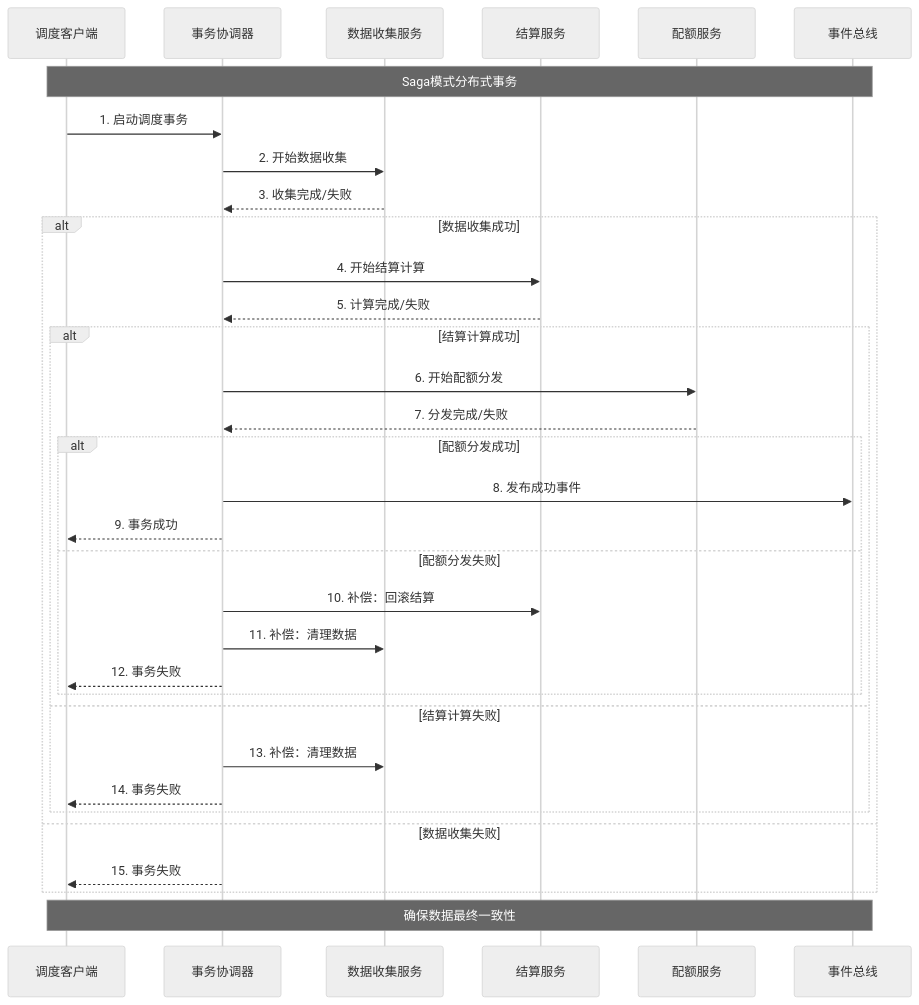
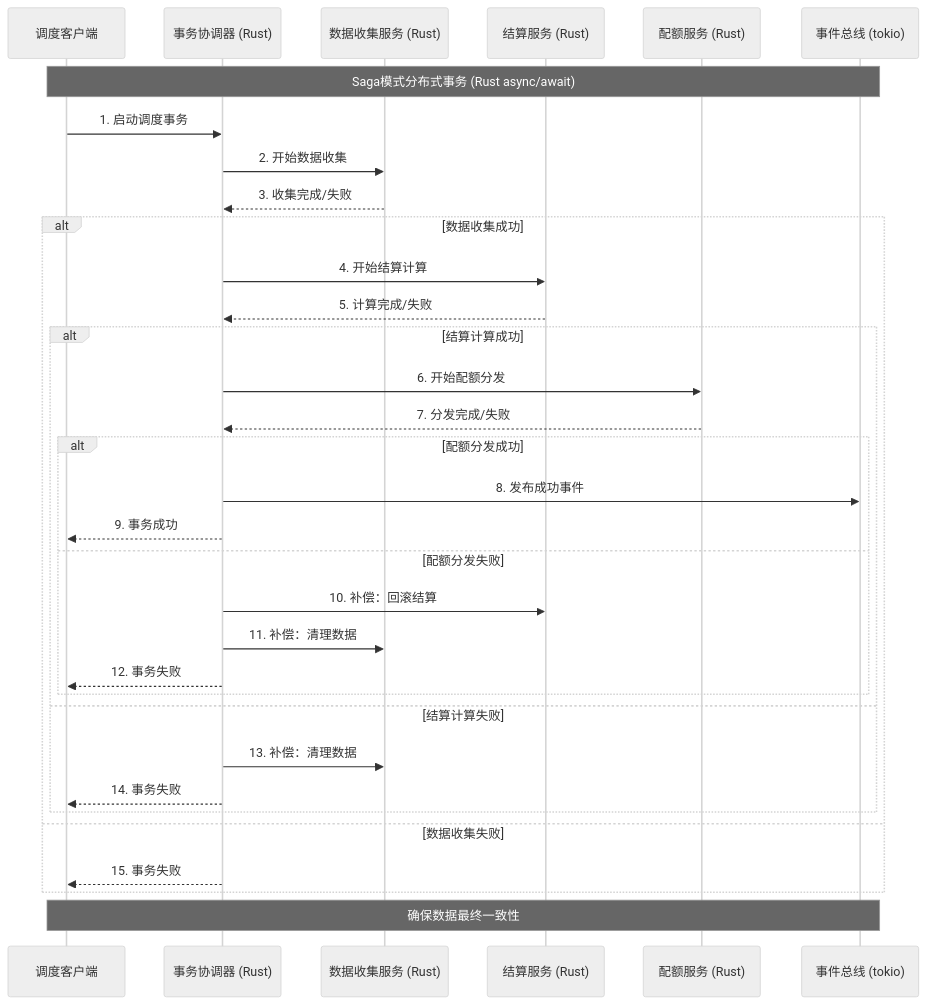
The seventh of 19 diagrams in docs_TecDesign/广告投放引擎/广告调度服务设计/广告调度服务技术架构设计.md (lornshrimp/Lorn.ADSP.Rust), drawn with Mermaid (neutral theme) before and after one commit. The commit also changed other lines of this file and 8 other files, not shown here.

````diff
--- a/docs_TecDesign/广告投放引擎/广告调度服务设计/广告调度服务技术架构设计.md
+++ b/docs_TecDesign/广告投放引擎/广告调度服务设计/广告调度服务技术架构设计.md
@@ -358,41 +358,41 @@
 ```mermaid
 sequenceDiagram
     participant Client as 调度客户端
-    participant Coordinator as 事务协调器
-    participant DataService as 数据收集服务
-    participant SettlementService as 结算服务
-    participant QuotaService as 配额服务
-    participant EventBus as 事件总线
+    participant Coordinator as 事务协调器 (Rust)
+    participant DataService as 数据收集服务 (Rust)
+    participant SettlementService as 结算服务 (Rust)
+    participant QuotaService as 配额服务 (Rust)
+    participant EventBus as 事件总线 (tokio)
     
-    Note over Client,EventBus: Saga模式分布式事务
+    Note over Client,EventBus: Saga模式分布式事务 (Rust async/await)
     
     Client->>Coordinator: 1. 启动调度事务
     Coordinator->>DataService: 2. 开始数据收集
     DataService-->>Coordinator: 3. 收集完成/失败
     
     alt 数据收集成功
         Coordinator->>SettlementService: 4. 开始结算计算
         SettlementService-->>Coordinator: 5. 计算完成/失败
         
         alt 结算计算成功
             Coordinator->>QuotaService: 6. 开始配额分发
             QuotaService-->>Coordinator: 7. 分发完成/失败
             
             alt 配额分发成功
                 Coordinator->>EventBus: 8. 发布成功事件
                 Coordinator-->>Client: 9. 事务成功
             else 配额分发失败
                 Coordinator->>SettlementService: 10. 补偿：回滚结算
                 Coordinator->>DataService: 11. 补偿：清理数据
                 Coordinator-->>Client: 12. 事务失败
             end
         else 结算计算失败
             Coordinator->>DataService: 13. 补偿：清理数据
             Coordinator-->>Client: 14. 事务失败
         end
     else 数据收集失败
         Coordinator-->>Client: 15. 事务失败
     end
     
     Note over Client,EventBus: 确保数据最终一致性
 ```
````
